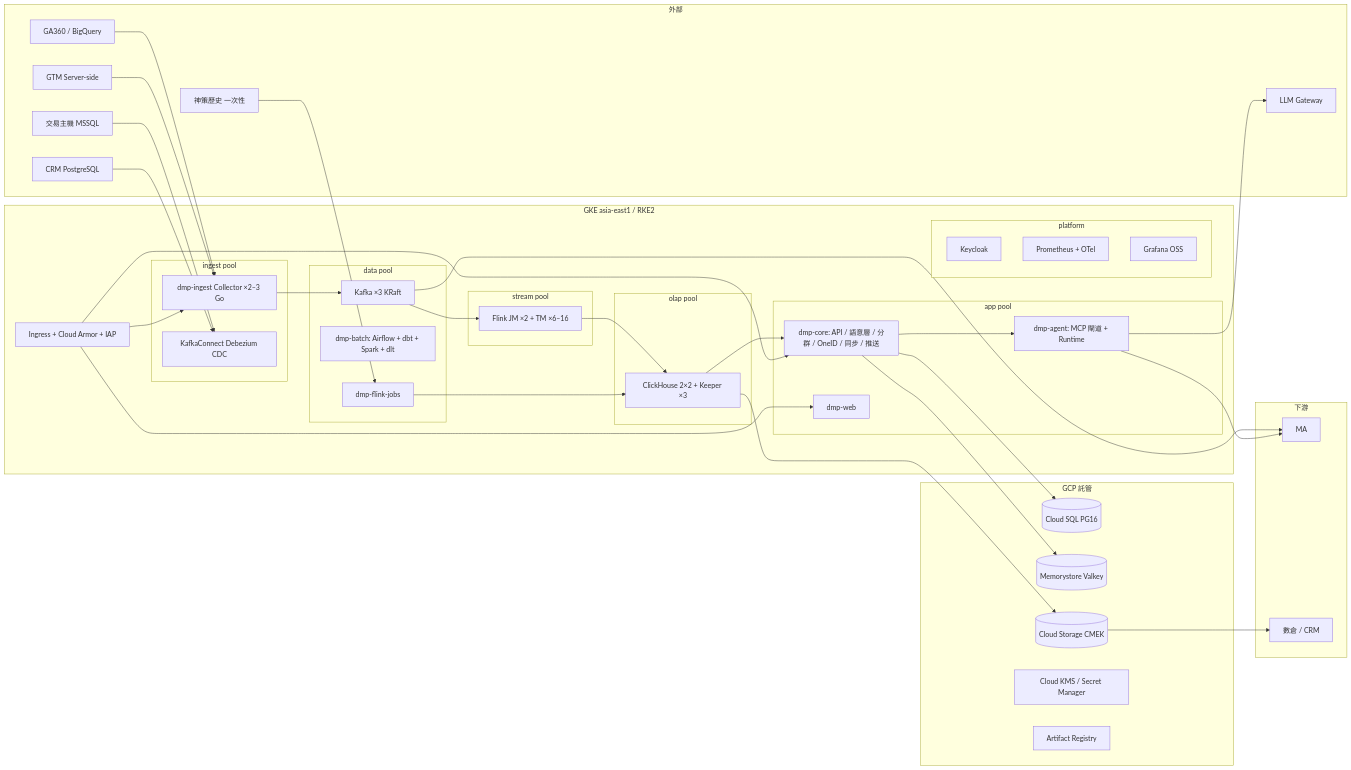
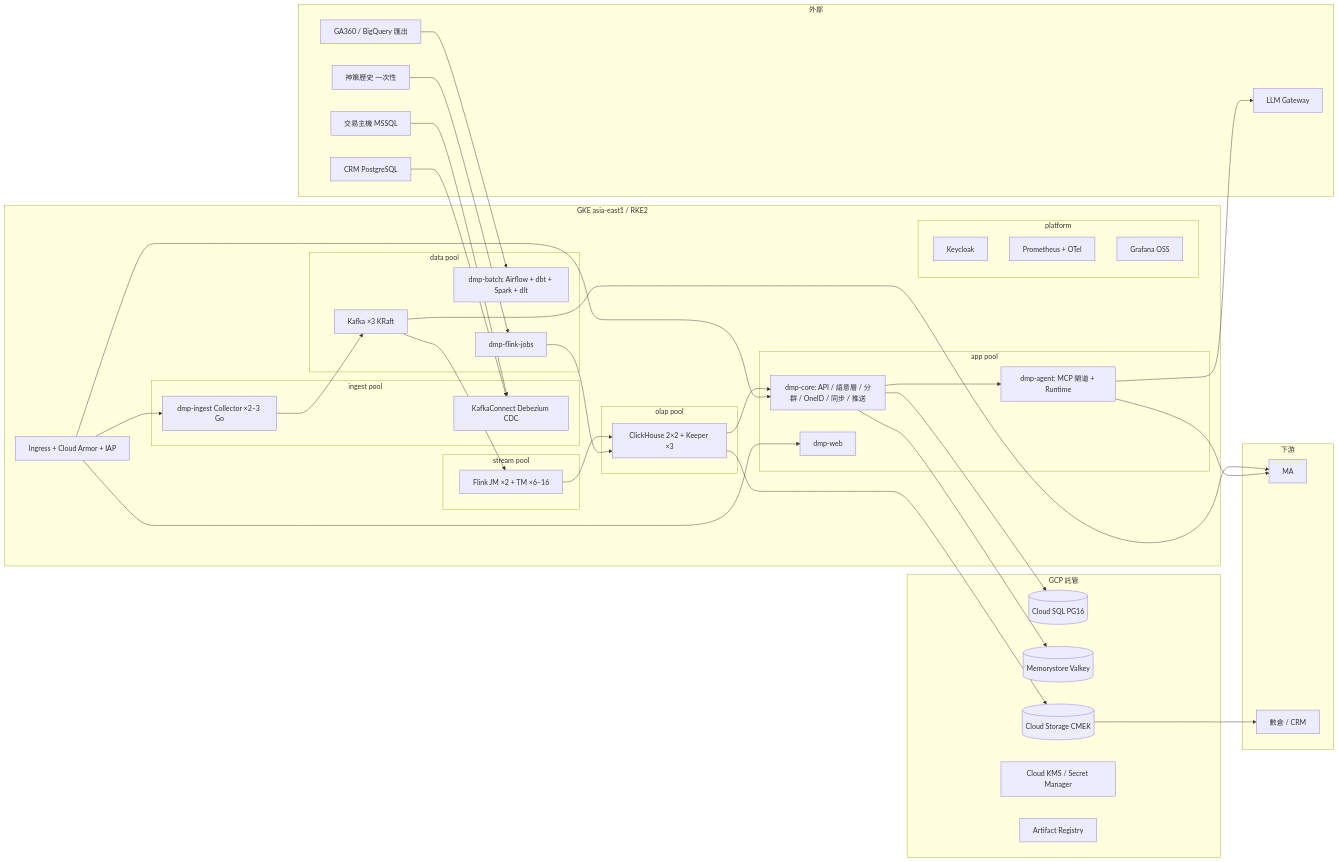
Before and after one commit to ALTA-TECH2025/altatech-dmp: the second of 3 diagrams in docs/12-architecture-diagrams.md, drawn with Mermaid. The commit also changed other lines of this file and 50 other files, not shown here.

````diff
--- a/docs/12-architecture-diagrams.md
+++ b/docs/12-architecture-diagrams.md
@@ -67,37 +67,37 @@
 ```mermaid
 flowchart LR
   subgraph EXTS[外部]
-    BQ[GA360 / BigQuery] ; GTM[GTM Server-side] ; MS[交易主機 MSSQL] ; CRM[CRM PostgreSQL] ; SA[神策歷史 一次性] ; LLMG[LLM Gateway]
+    BQ[GA360 / BigQuery 匯出] ; MS[交易主機 MSSQL] ; CRM[CRM PostgreSQL] ; SA[神策歷史 一次性] ; LLMG[LLM Gateway]
   end
   subgraph GKE[GKE asia-east1 / RKE2]
     subgraph P1[ingest pool]
       C1[dmp-ingest Collector ×2–3 Go] ; C2[KafkaConnect Debezium CDC]
     end
     subgraph P2[stream pool]
       F1[Flink JM ×2 + TM ×6–16]
     end
     subgraph P3[data pool]
       K1[Kafka ×3 KRaft] ; A1[dmp-batch: Airflow + dbt + Spark + dlt] ; D1[dmp-flink-jobs]
     end
     subgraph P4[olap pool]
       CH1[ClickHouse 2×2 + Keeper ×3]
     end
     subgraph P5[app pool]
       API[dmp-core: API / 語意層 / 分群 / OneID / 同步 / 推送] ; MCP[dmp-agent: MCP 閘道 + Runtime] ; WEB[dmp-web]
     end
     subgraph P6[platform]
       KC[Keycloak] ; PR[Prometheus + OTel] ; GF[Grafana OSS]
     end
     ING[Ingress + Cloud Armor + IAP]
   end
   subgraph MG[GCP 託管]
     SQL[(Cloud SQL PG16)] ; MEM[(Memorystore Valkey)] ; GCS[(Cloud Storage CMEK)] ; KMS[Cloud KMS / Secret Manager] ; AR[Artifact Registry]
   end
   subgraph DOWN[下游]
     MA[MA] ; DW[數倉 / CRM]
   end
-  BQ --> C1 ; GTM --> C1 ; MS --> C2 ; CRM --> C2 ; SA --> D1
+  BQ --> A1 ; MS --> C2 ; CRM --> C2 ; SA --> D1
   C1 --> K1 --> F1 --> CH1 ; D1 --> CH1 ; CH1 --> API --> MCP --> LLMG
   API --> SQL ; API --> MEM ; CH1 --> GCS ; K1 --> MA ; MCP --> MA ; GCS --> DW
   ING --> C1 ; ING --> API ; ING --> WEB
 ```
````
